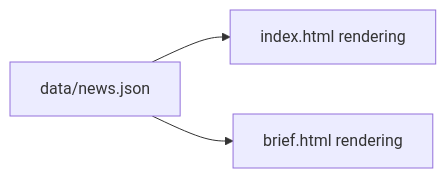
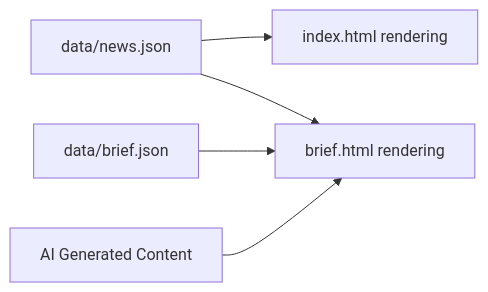
The seventh of 8 diagrams in .qoder/repowiki/en/content/Deployment & Automation.md (junxie01/daily_news), drawn with Mermaid before and after one commit. The commit also changed other lines of this file and 3 other files, not shown here.

````diff
--- a/.qoder/repowiki/en/content/Deployment & Automation.md
+++ b/.qoder/repowiki/en/content/Deployment & Automation.md
@@ -223,5 +302,7 @@
 ```mermaid
 graph LR
 A["data/news.json"] --> B["index.html rendering"]
 A --> C["brief.html rendering"]
+D["data/brief.json"] --> C
+E["AI Generated Content"] --> C
 ```
````
